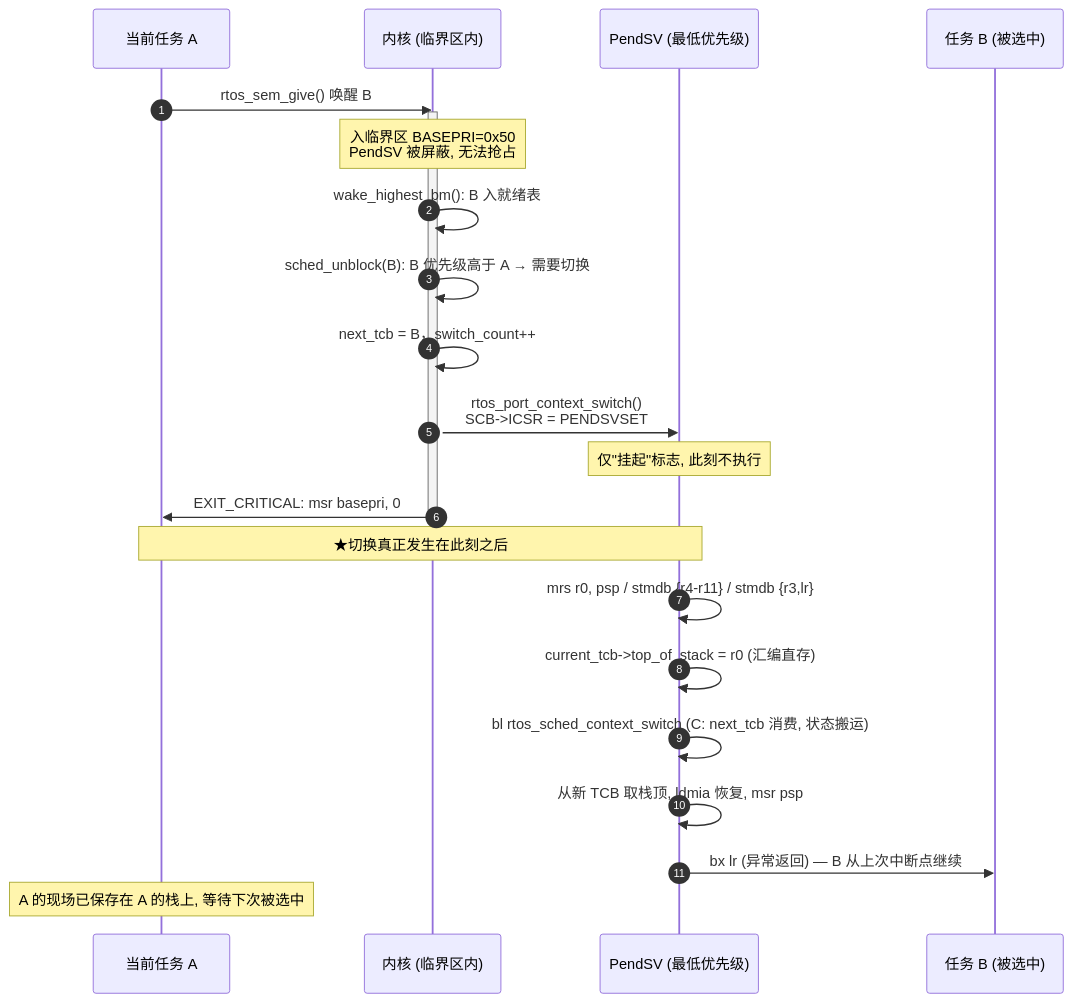
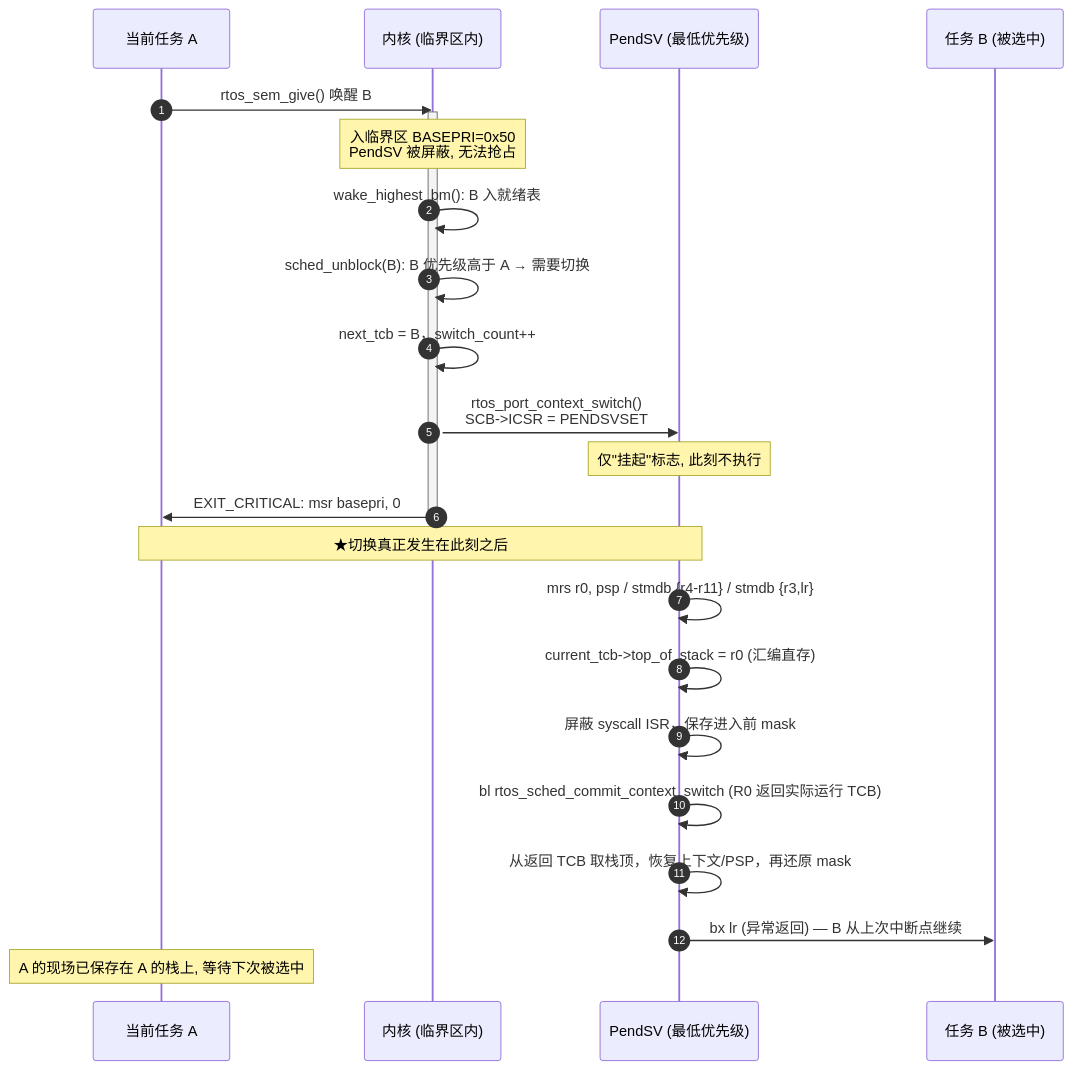
The third of 12 diagrams in docs/rtos_design.md (ArchHang/RTOS), drawn with Mermaid before and after one commit. The commit also changed other lines of this file and 5 other files, not shown here.

````diff
--- a/docs/rtos_design.md
+++ b/docs/rtos_design.md
@@ -316,26 +313,27 @@
 ```mermaid
 sequenceDiagram
     autonumber
     participant T as 当前任务 A
     participant K as 内核 (临界区内)
     participant P as PendSV (最低优先级)
     participant B as 任务 B (被选中)
 
     T->>K: rtos_sem_give() 唤醒 B
     activate K
     Note over K: 入临界区 BASEPRI=0x50<br/>PendSV 被屏蔽, 无法抢占
     K->>K: wake_highest_bm(): B 入就绪表
     K->>K: sched_unblock(B): B 优先级高于 A → 需要切换
     K->>K: next_tcb = B，switch_count++
     K->>P: rtos_port_context_switch()<br/>SCB->ICSR = PENDSVSET
     Note over P: 仅"挂起"标志, 此刻不执行
     K->>T: EXIT_CRITICAL: msr basepri, 0
     deactivate K
     Note over T,P: ★切换真正发生在此刻之后
     P->>P: mrs r0, psp / stmdb {r4-r11} / stmdb {r3,lr}
     P->>P: current_tcb->top_of_stack = r0 (汇编直存)
-    P->>P: bl rtos_sched_context_switch (C: next_tcb 消费, 状态搬运)
-    P->>P: 从新 TCB 取栈顶, ldmia 恢复, msr psp
+    P->>P: 屏蔽 syscall ISR，保存进入前 mask
+    P->>P: bl rtos_sched_commit_context_switch (R0 返回实际运行 TCB)
+    P->>P: 从返回 TCB 取栈顶，恢复上下文/PSP，再还原 mask
     P->>B: bx lr (异常返回) — B 从上次中断点继续
     Note over T: A 的现场已保存在 A 的栈上, 等待下次被选中
 ```
````
